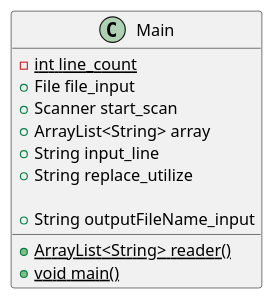
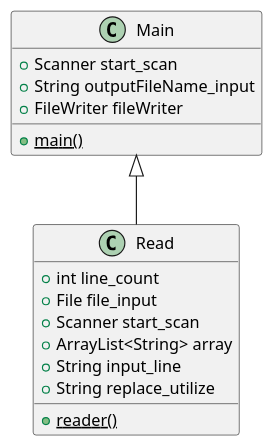
Before and after one commit to salamander5777/Gilday-cop3330-assignment3: the diagram in src/main/java/ex45/ex45Diagram.puml, drawn with PlantUML. The commit also changed 19 other files, not shown here.

```diff
--- a/src/main/java/ex45/ex45Diagram.puml
+++ b/src/main/java/ex45/ex45Diagram.puml
@@ -1,19 +1,26 @@
 @startuml
 'https://plantuml.com/class-diagram
 
 class Main
+class Read
+
+Main <|-- Read
+
+class Read {
+   +int line_count
+   +File file_input
+   +Scanner start_scan
+   +ArrayList<String> array
+   +String input_line
+   +String replace_utilize
+   {static} +reader()
+}
 
 class Main {
-    {static} -int line_count
-    +File file_input
     +Scanner start_scan
-    +ArrayList<String> array
-    +String input_line
-    +String replace_utilize
-
     +String outputFileName_input
-    {static} +ArrayList<String> reader()
-    {static} +void main()
+    +FileWriter fileWriter
+    {static} +main()
 }
 
 @enduml
```
